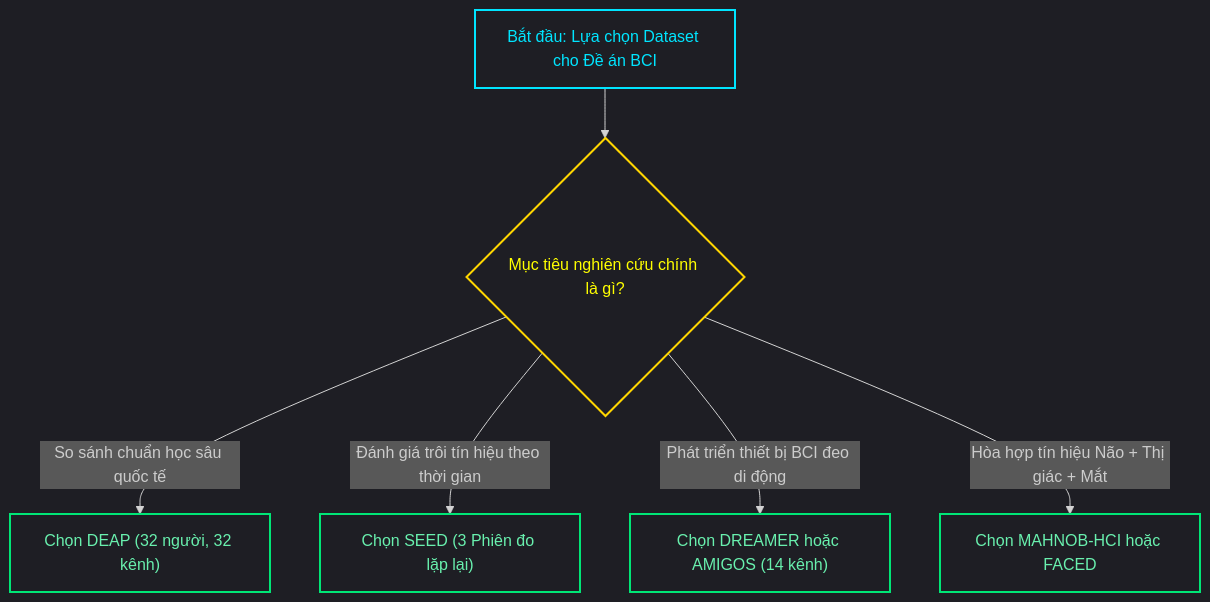
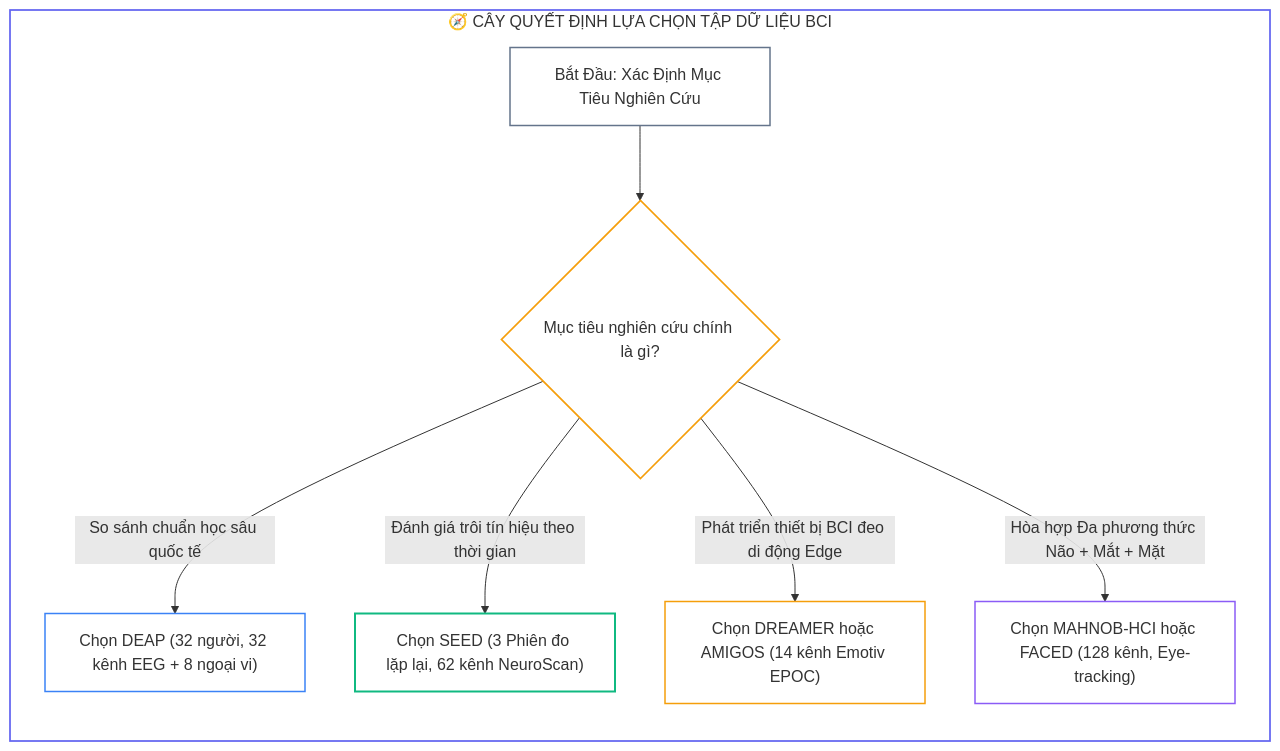
Before and after one commit to kiennt308/ntk: the second of 4 diagrams in _posts/2026-09-16-eeg-08-08-cac-bo-du-lieu-pho-bien.md, drawn with Mermaid. The commit also changed other lines of this file and 7 other files, not shown here.

````diff
--- a/_posts/2026-09-16-eeg-08-08-cac-bo-du-lieu-pho-bien.md
+++ b/_posts/2026-09-16-eeg-08-08-cac-bo-du-lieu-pho-bien.md
@@ -248,15 +79,26 @@
 ```mermaid
-%%{init: {'theme': 'dark', 'themeVariables': {'background': 'transparent', 'mainBkg': 'transparent'}}}%%
 flowchart TD
-    classDef start fill:none,stroke:#00e5ff,stroke-width:2px,color:#00e5ff;
-    classDef branch fill:none,stroke:#ffd600,stroke-width:2px,color:#ffff00;
-    classDef leaf fill:none,stroke:#00e676,stroke-width:2px,color:#69f0ae;
+    subgraph DECISION_TREE["🧭 CÂY QUYẾT ĐỊNH LỰA CHỌN TẬP DỮ LIỆU BCI"]
+        direction TB
+        START["Bắt Đầu: Xác Định Mục Tiêu Nghiên Cứu"]
+        Q1{"Mục tiêu nghiên cứu chính là gì?"}
+        D1["Chọn DEAP (32 người, 32 kênh EEG + 8 ngoại vi)"]
+        D2["Chọn SEED (3 Phiên đo lặp lại, 62 kênh NeuroScan)"]
+        D3["Chọn DREAMER hoặc AMIGOS (14 kênh Emotiv EPOC)"]
+        D4["Chọn MAHNOB-HCI hoặc FACED (128 kênh, Eye-tracking)"]
+    end
 
-    Start["Bắt đầu: Lựa chọn Dataset cho Đề án BCI"]:::start
-    Start --> Q1{"Mục tiêu nghiên cứu chính là gì?"}:::branch
+    START --> Q1
+    Q1 -->|"So sánh chuẩn học sâu quốc tế"| D1
+    Q1 -->|"Đánh giá trôi tín hiệu theo thời gian"| D2
+    Q1 -->|"Phát triển thiết bị BCI đeo di động Edge"| D3
+    Q1 -->|"Hòa hợp Đa phương thức Não + Mắt + Mặt"| D4
 
-    Q1 -->|"So sánh chuẩn học sâu quốc tế"| D1["Chọn DEAP (32 người, 32 kênh)"]:::leaf
-    Q1 -->|"Đánh giá trôi tín hiệu theo thời gian"| D2["Chọn SEED (3 Phiên đo lặp lại)"]:::leaf
-    Q1 -->|"Phát triển thiết bị BCI đeo di động"| D3["Chọn DREAMER hoặc AMIGOS (14 kênh)"]:::leaf
-    Q1 -->|"Hòa hợp tín hiệu Não + Thị giác + Mắt"| D4["Chọn MAHNOB-HCI hoặc FACED"]:::leaf
+    style DECISION_TREE fill:none,stroke:#6366f1,stroke-width:1.75px
+    style START fill:none,stroke:#64748b,stroke-width:1.5px
+    style Q1 fill:none,stroke:#f59e0b,stroke-width:1.75px
+    style D1 fill:none,stroke:#3b82f6,stroke-width:1.5px
+    style D2 fill:none,stroke:#10b981,stroke-width:2px
+    style D3 fill:none,stroke:#f59e0b,stroke-width:1.5px
+    style D4 fill:none,stroke:#8b5cf6,stroke-width:1.5px
 ```
````
